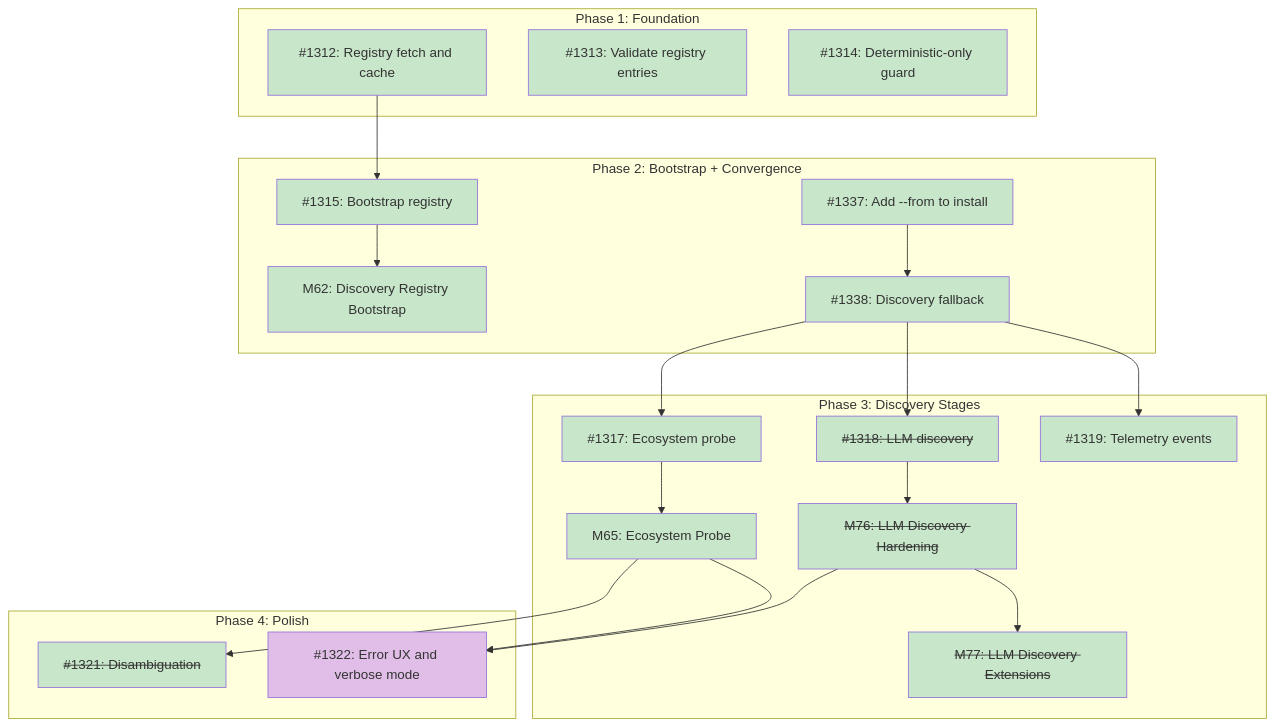
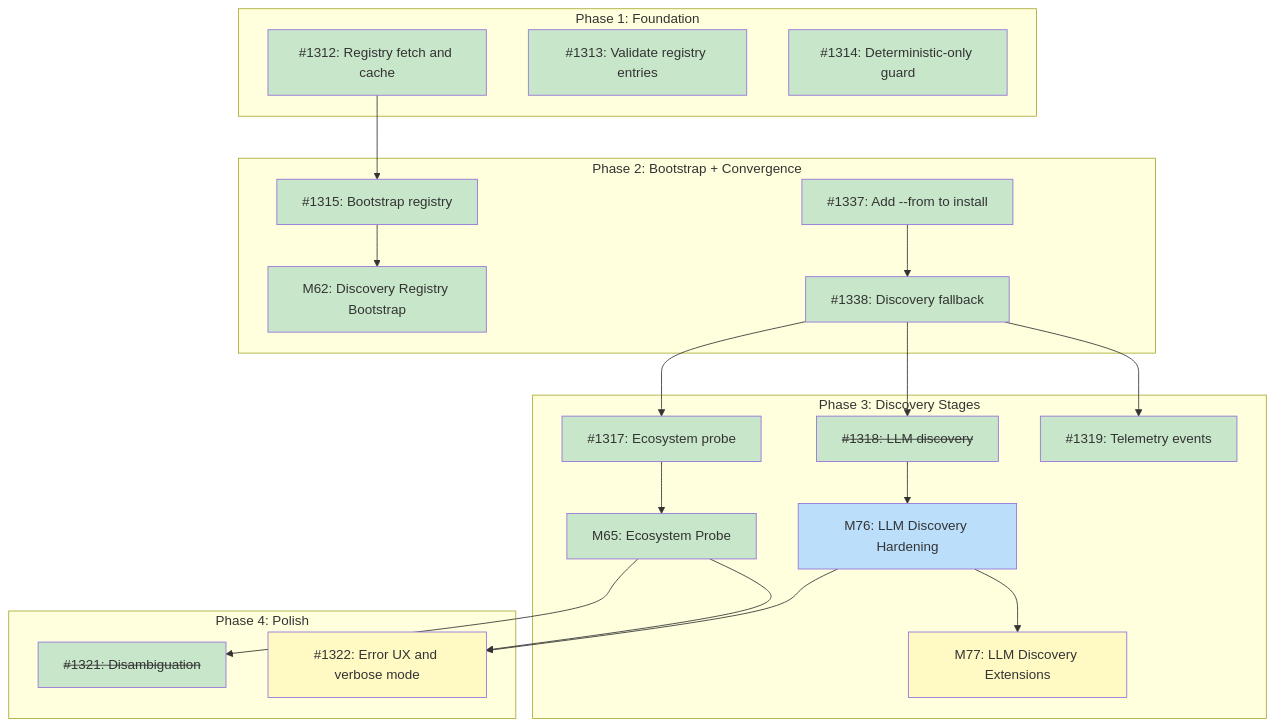
One commit to tsukumogami/tsuku changed the diagram in docs/designs/DESIGN-discovery-resolver.md. Above: the diagram before and after it, drawn with Mermaid. The commit also changed other lines of this file and 4 other files, not shown here.

````diff
--- a/docs/designs/DESIGN-discovery-resolver.md
+++ b/docs/designs/DESIGN-discovery-resolver.md
@@ -68,60 +68,60 @@
 ```mermaid
 graph TD
     subgraph Phase1["Phase 1: Foundation"]
         I1312["#1312: Registry fetch and cache"]
         I1313["#1313: Validate registry entries"]
         I1314["#1314: Deterministic-only guard"]
     end
 
     subgraph Phase2["Phase 2: Bootstrap + Convergence"]
         M62["M62: Discovery Registry Bootstrap"]
         I1315["#1315: Bootstrap registry"]
         I1337["#1337: Add --from to install"]
         I1338["#1338: Discovery fallback"]
     end
 
     subgraph Phase3["Phase 3: Discovery Stages"]
         I1317["#1317: Ecosystem probe"]
         M65["M65: Ecosystem Probe"]
         I1318["<s>#1318: LLM discovery</s>"]
-        M76["<s>M76: LLM Discovery Hardening</s>"]
-        M77["<s>M77: LLM Discovery Extensions</s>"]
+        M76["M76: LLM Discovery Hardening"]
+        M77["M77: LLM Discovery Extensions"]
         I1319["#1319: Telemetry events"]
     end
 
     subgraph Phase4["Phase 4: Polish"]
         I1321["<s>#1321: Disambiguation</s>"]
         I1322["#1322: Error UX and verbose mode"]
     end
 
     I1312 --> I1315
     I1315 --> M62
     I1337 --> I1338
     I1338 --> I1317
     I1317 --> M65
     I1338 --> I1318
     I1318 --> M76
     M76 --> M77
     I1338 --> I1319
     M65 --> I1321
     M65 --> I1322
     M76 --> I1322
 
     classDef done fill:#c8e6c9
     classDef ready fill:#bbdefb
     classDef blocked fill:#fff9c4
     classDef needsDesign fill:#e1bee7
 
     class I1312,I1313,I1314 done
     class I1337,I1338 done
     class I1319 done
     class I1317 done
     class I1318 done
-    class M76 done
-    class M77 done
+    class M76 ready
+    class M77 blocked
     class M65 done
     class M62 done
     class I1315 done
     class I1321 done
-    class I1322 needsDesign
+    class I1322 blocked
 ```
````
